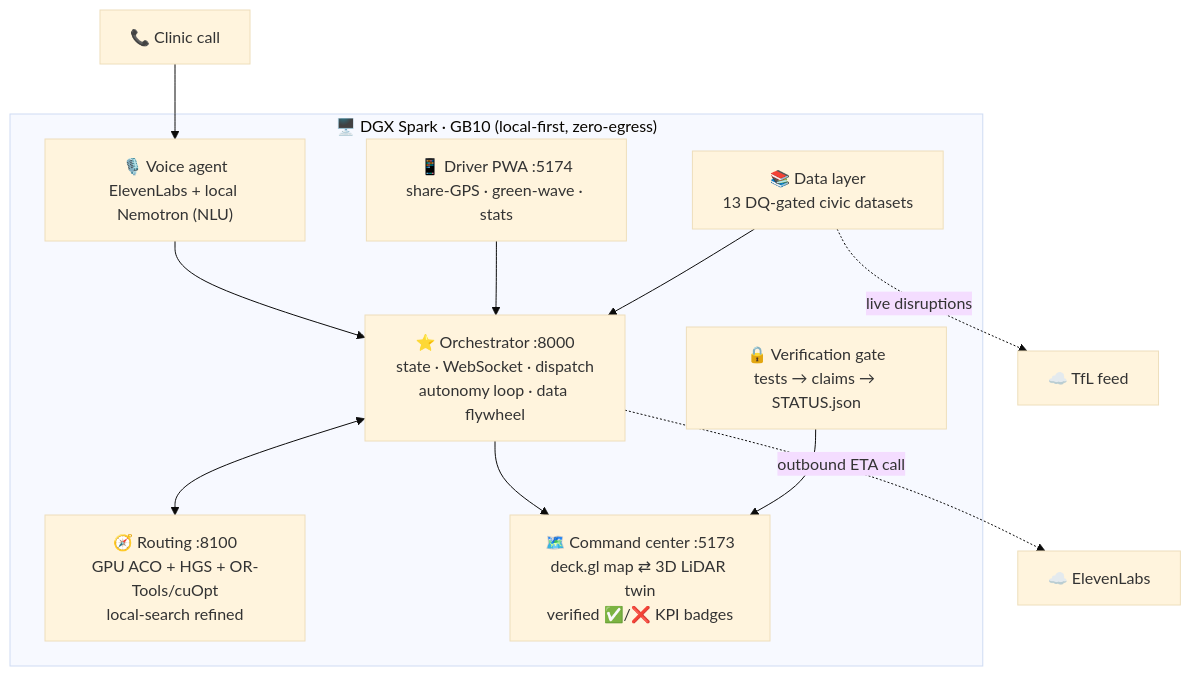
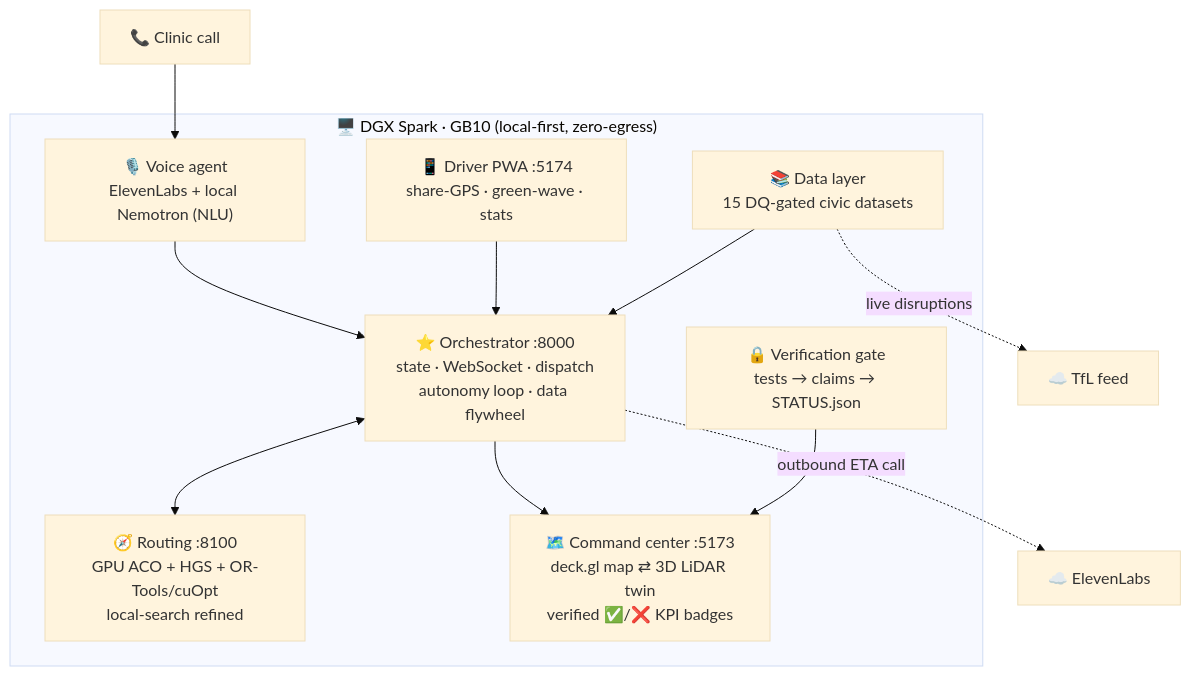
The diagram in README.md (lukataylo/RLJ), drawn with Mermaid (base theme) before and after one commit. The commit also changed other lines of this file and 34 other files, not shown here.

````diff
--- a/README.md
+++ b/README.md
@@ -110,20 +110,20 @@
 ```mermaid
 flowchart TD
     subgraph SPARK["🖥️ DGX Spark · GB10 (local-first, zero-egress)"]
         VOICE["🎙️ Voice agent<br/>ElevenLabs + local Nemotron (NLU)"]
         ORCH["⭐ Orchestrator :8000<br/>state · WebSocket · dispatch<br/>autonomy loop · data flywheel"]
         ROUTE["🧭 Routing :8100<br/>GPU ACO + HGS + OR-Tools/cuOpt<br/>local-search refined"]
         FE["🗺️ Command center :5173<br/>deck.gl map ⇄ 3D LiDAR twin<br/>verified ✅/❌ KPI badges"]
         PWA["📱 Driver PWA :5174<br/>share-GPS · green-wave · stats"]
-        DATA["📚 Data layer<br/>13 DQ-gated civic datasets"]
+        DATA["📚 Data layer<br/>15 DQ-gated civic datasets"]
         GATE["🔒 Verification gate<br/>tests → claims → STATUS.json"]
     end
     CLINIC["📞 Clinic call"] --> VOICE --> ORCH
     ORCH <--> ROUTE
     ORCH --> FE
     PWA --> ORCH
     DATA --> ORCH
     GATE --> FE
     ORCH -. "outbound ETA call" .-> EL["☁️ ElevenLabs"]
     DATA -. "live disruptions" .-> TFL["☁️ TfL feed"]
 ```
````
